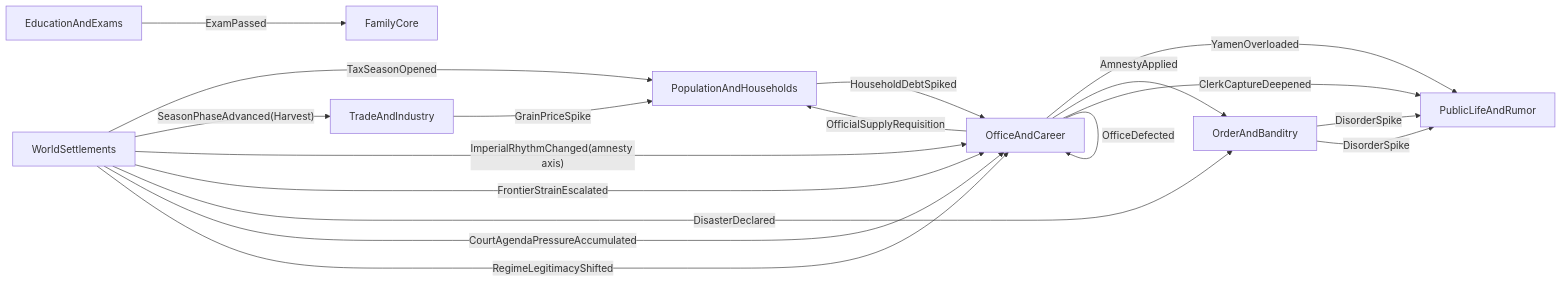
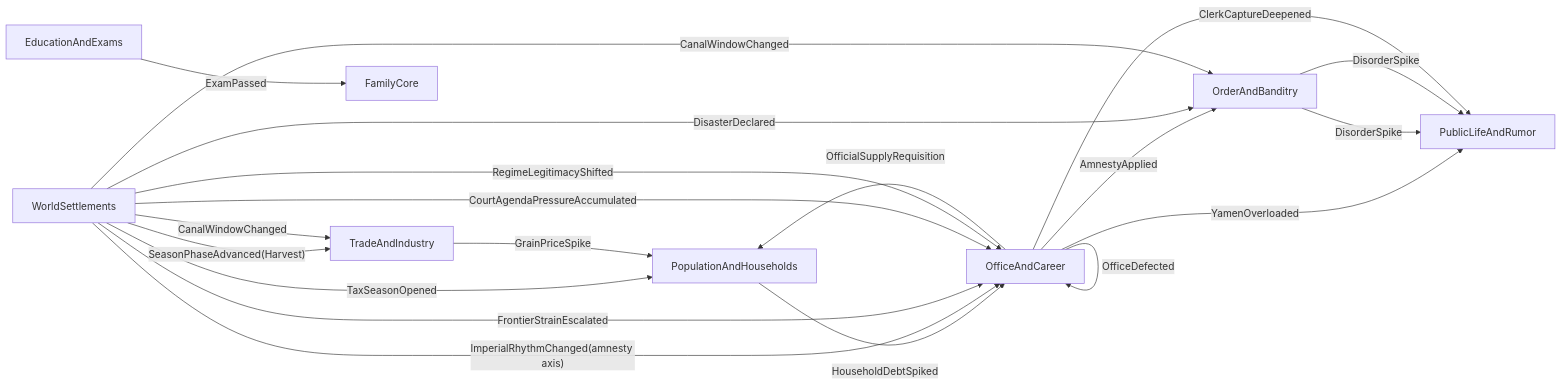
One commit to zhe9898/3 changed the diagram in docs/RENZONG_THIN_CHAIN_TOPOLOGY_INDEX.md. Above: the diagram before and after it, drawn with Mermaid. The commit also changed other lines of this file and 20 other files, not shown here.

Commit message:
Hook canal windows into trade and order lanes

````diff
--- a/docs/RENZONG_THIN_CHAIN_TOPOLOGY_INDEX.md
+++ b/docs/RENZONG_THIN_CHAIN_TOPOLOGY_INDEX.md
@@ -25,29 +25,32 @@
 ```mermaid
 flowchart LR
     WS["WorldSettlements"] -->|"TaxSeasonOpened"| POP["PopulationAndHouseholds"]
     POP -->|"HouseholdDebtSpiked"| OFFICE["OfficeAndCareer"]
     OFFICE -->|"YamenOverloaded"| PUBLIC["PublicLifeAndRumor"]
 
     WS -->|"SeasonPhaseAdvanced(Harvest)"| TRADE["TradeAndIndustry"]
     TRADE -->|"GrainPriceSpike"| POP
 
     EDU["EducationAndExams"] -->|"ExamPassed"| FAMILY["FamilyCore"]
 
     WS -->|"ImperialRhythmChanged(amnesty axis)"| OFFICE
     OFFICE -->|"AmnestyApplied"| ORDER["OrderAndBanditry"]
     ORDER -->|"DisorderSpike"| PUBLIC
 
     WS -->|"FrontierStrainEscalated"| OFFICE
     OFFICE -->|"OfficialSupplyRequisition"| POP
 
     WS -->|"DisasterDeclared"| ORDER
     ORDER -->|"DisorderSpike"| PUBLIC
 
     OFFICE -->|"ClerkCaptureDeepened"| PUBLIC
 
     WS -->|"CourtAgendaPressureAccumulated"| OFFICE
     OFFICE -->|"PolicyWindowOpened"| OFFICE
 
     WS -->|"RegimeLegitimacyShifted"| OFFICE
     OFFICE -->|"OfficeDefected"| OFFICE
+
+    WS -->|"CanalWindowChanged"| TRADE
+    WS -->|"CanalWindowChanged"| ORDER
 ```
````
